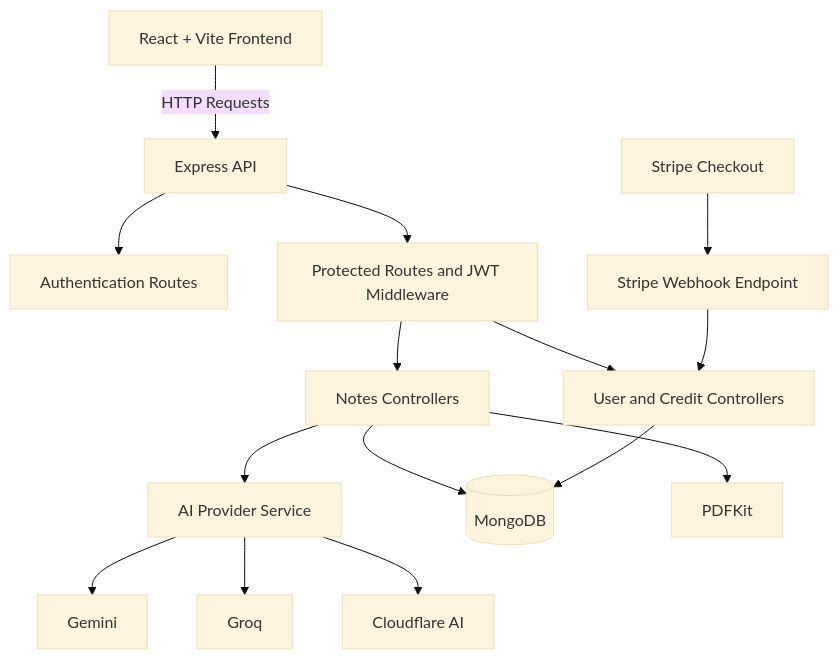
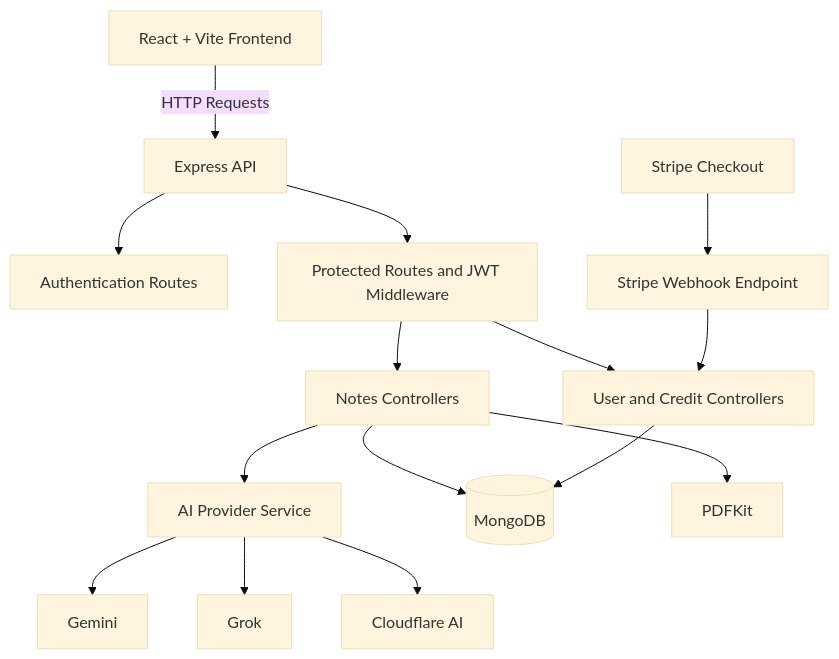
Before and after one commit to PrajapatiSandeep2005/AiExamNotesGenerator-1.0-: the diagram in README.md, drawn with Mermaid (base theme). The commit also changed other lines of this file and 4 other files, not shown here.

````diff
--- a/README.md
+++ b/README.md
@@ -143,24 +143,24 @@
 ```mermaid
 flowchart TD
     A[React + Vite Frontend] -->|HTTP Requests| B[Express API]
 
     B --> C[Authentication Routes]
     B --> D[Protected Routes and JWT Middleware]
 
     D --> E[Notes Controllers]
     D --> F[User and Credit Controllers]
 
     E --> G[AI Provider Service]
 
     G --> H[Gemini]
-    G --> I[Groq]
+    G --> I[Grok]
     G --> J[Cloudflare AI]
 
     E --> K[(MongoDB)]
     F --> K
 
     E --> L[PDFKit]
 
     M[Stripe Checkout] --> N[Stripe Webhook Endpoint]
     N --> F
 ```
````
